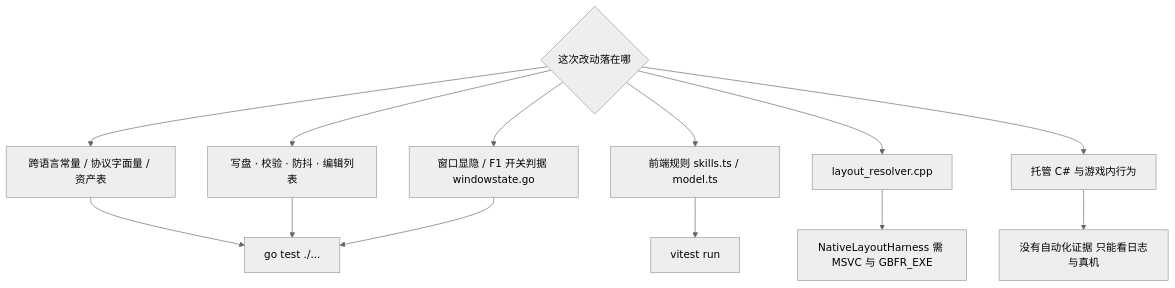
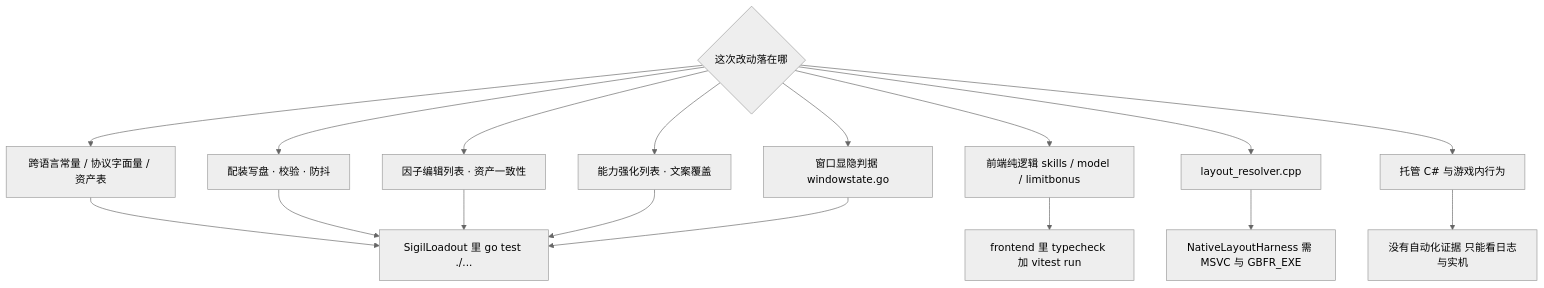
One commit to baagod/GBFR-Sigil-Loadout changed the first of 2 diagrams in openwiki/testing/verification-map.md. Above: the diagram before and after it, drawn with Mermaid (neutral theme). The commit also changed other lines of this file and 52 other files, not shown here.

````diff
--- a/openwiki/testing/verification-map.md
+++ b/openwiki/testing/verification-map.md
@@ -103,15 +124,19 @@
 ```mermaid
 flowchart TD
     Q{"这次改动落在哪"} --> A["跨语言常量 / 协议字面量 / 资产表"]
-    Q --> B["写盘 · 校验 · 防抖 · 编辑列表"]
-    Q --> C["前端规则 skills.ts / model.ts"]
-    Q --> F["窗口显隐 / F1 开关判据 windowstate.go"]
-    Q --> D["layout_resolver.cpp"]
-    Q --> E["托管 C# 与游戏内行为"]
-    A --> G1["go test ./..."]
+    Q --> B["配装写盘 · 校验 · 防抖"]
+    Q --> C["因子编辑列表 · 资产一致性"]
+    Q --> H["能力强化列表 · 文案覆盖"]
+    Q --> D["前端纯逻辑 skills / model / limitbonus"]
+    Q --> F["窗口显隐判据 windowstate.go"]
+    Q --> E["layout_resolver.cpp"]
+    Q --> G["托管 C# 与游戏内行为"]
+    A --> G1["SigilLoadout 里 go test ./..."]
     B --> G1
-    C --> G2["vitest run"]
+    C --> G1
+    H --> G1
     F --> G1
-    D --> G3["NativeLayoutHarness 需 MSVC 与 GBFR_EXE"]
-    E --> G4["没有自动化证据 只能看日志与真机"]
+    D --> G2["frontend 里 typecheck 加 vitest run"]
+    E --> G3["NativeLayoutHarness 需 MSVC 与 GBFR_EXE"]
+    G --> G4["没有自动化证据 只能看日志与实机"]
 ```
````
